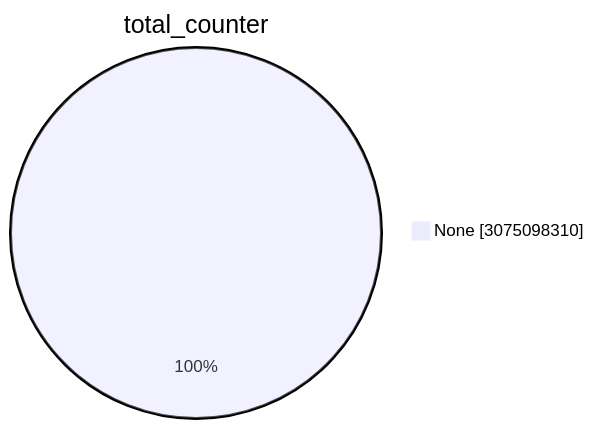
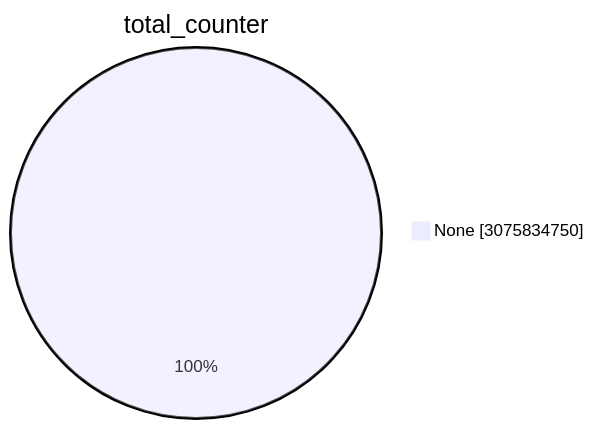
One commit to christiankrug/ctmonitor_visualization changed the first of 15 diagrams in TOTAL/README.md. Above: the diagram before and after it, drawn with Mermaid. The commit also changed other lines of this file, not shown here.

````diff
--- a/TOTAL/README.md
+++ b/TOTAL/README.md
@@ -1,5 +1,5 @@
 ```mermaid
 pie showData
 title total_counter
-"None" :3075098310
+"None" :3075834750
 ```
````
